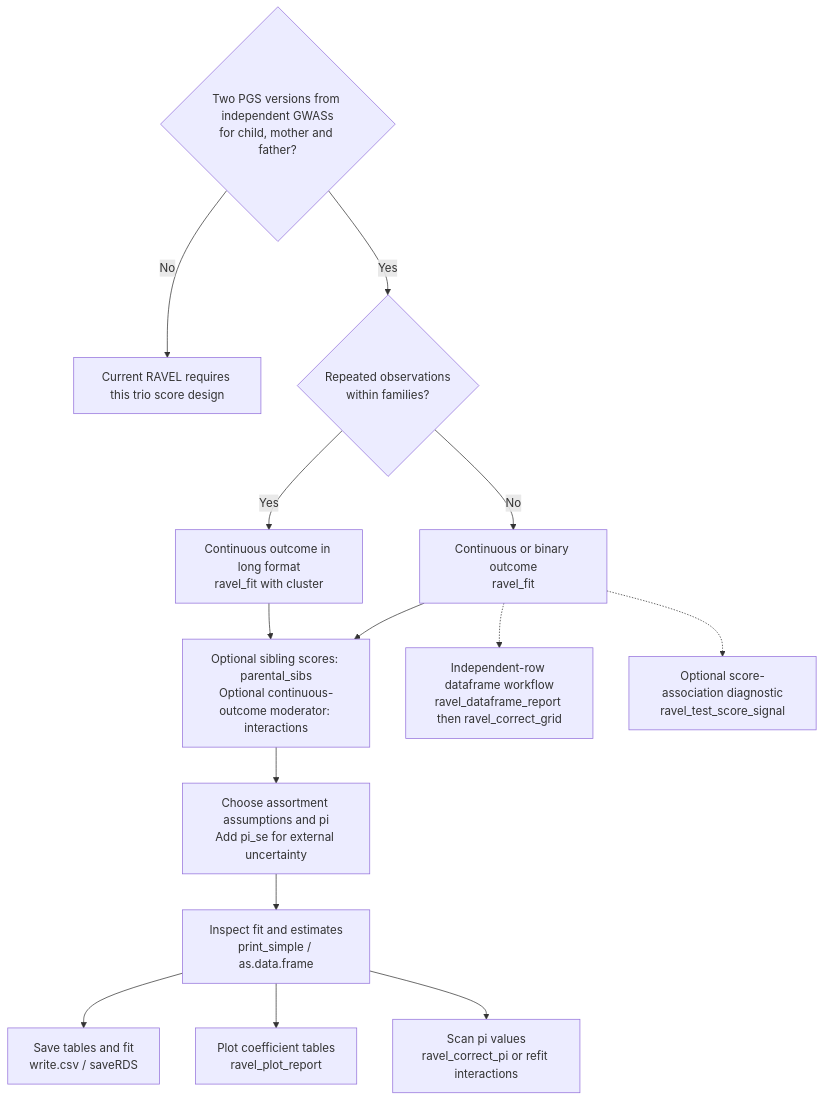
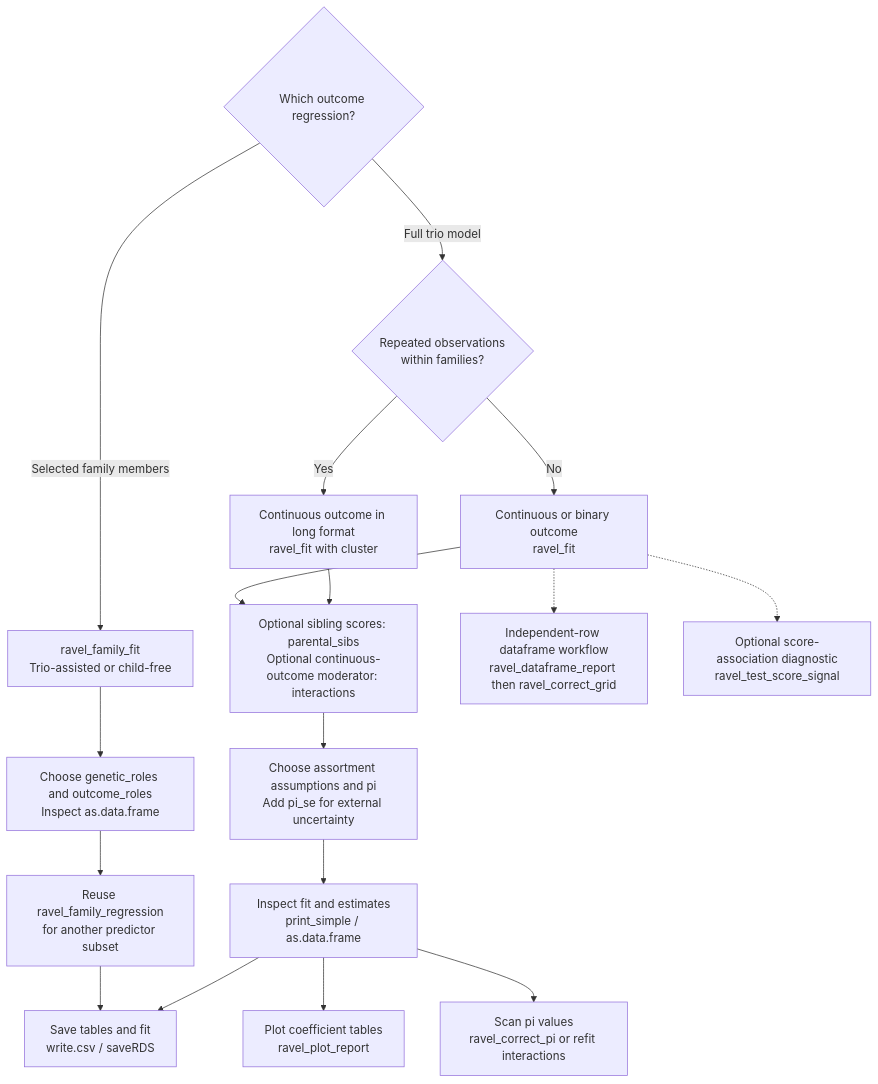
Before and after one commit to malawsky/RAVEL: the diagram in README.md, drawn with Mermaid. The commit also changed other lines of this file and 20 other files, not shown here.

````diff
--- a/README.md
+++ b/README.md
@@ -51,17 +76,20 @@
 ```mermaid
 flowchart TD
-    A{"Two PGS versions from independent GWASs<br/>for child, mother and father?"}
-    A -->|No| B[Current RAVEL requires this trio score design]
-    A -->|Yes| C{"Repeated observations<br/>within families?"}
+    A{"Which outcome regression?"}
+    A -->|Selected family members| B[ravel_family_fit<br/>Trio-assisted or child-free]
+    B --> N[Choose genetic_roles and outcome_roles<br/>Inspect as.data.frame]
+    N --> O[Reuse ravel_family_regression<br/>for another predictor subset]
+    O --> I[Save tables and fit<br/>write.csv / saveRDS]
+    A -->|Full trio model| C{"Repeated observations<br/>within families?"}
     C -->|No| D[Continuous or binary outcome<br/>ravel_fit]
     C -->|Yes| E[Continuous outcome in long format<br/>ravel_fit with cluster]
     D --> F[Optional sibling scores: parental_sibs<br/>Optional continuous-outcome moderator: interactions]
     E --> F
     F --> G[Choose assortment assumptions and pi<br/>Add pi_se for external uncertainty]
     G --> H[Inspect fit and estimates<br/>print_simple / as.data.frame]
-    H --> I[Save tables and fit<br/>write.csv / saveRDS]
+    H --> I
     H --> J[Plot coefficient tables<br/>ravel_plot_report]
     H --> K[Scan pi values<br/>ravel_correct_pi or refit interactions]
     D -.-> L[Independent-row dataframe workflow<br/>ravel_dataframe_report then ravel_correct_grid]
     D -.-> M[Optional score-association diagnostic<br/>ravel_test_score_signal]
 ```
````
